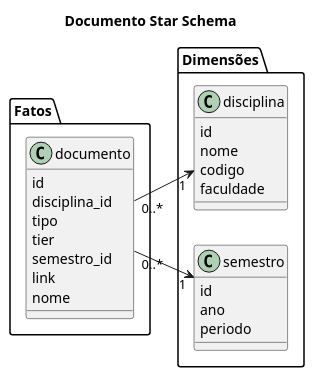
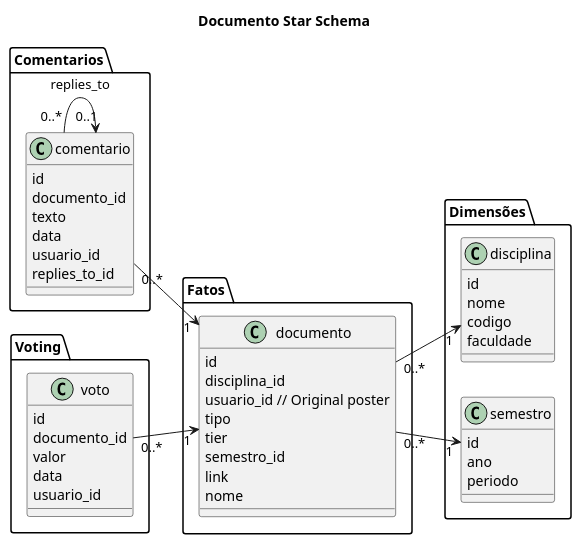
The diagram in docs/esquemas/bd/documento.puml (matmarcillo/Ferramentas-Estudo-UFF), drawn with PlantUML before and after one commit. The commit also changed 8 other files, not shown here.

```diff
--- a/docs/esquemas/bd/documento.puml
+++ b/docs/esquemas/bd/documento.puml
@@ -1,36 +1,61 @@
 @startuml database
 left to right direction
 
 title Documento Star Schema
 
 package "Dimensões" {
   class disciplina {
       id
       nome
       codigo
       faculdade
   }
 
   class semestro {
       id
       ano
       periodo
   }
 }
 
 package "Fatos" {
   class documento {
       id
       disciplina_id
+      usuario_id // Original poster
       tipo
       tier
       semestro_id
       link
       nome
   }
 }
 
+package "Comentarios"{
+  class comentario {
+      id
+      documento_id
+      texto
+      data
+      usuario_id
+      replies_to_id
+  }
+}
+
+package "Voting" {
+  class voto {
+      id
+      documento_id
+      valor
+      data
+      usuario_id
+  }
+}
+
 documento "0..*" --> "1" disciplina
 documento "0..*" --> "1" semestro
+comentario "0..*" --> "1" documento
+comentario "0..*" --> "0..1" comentario : replies_to
+voto "0..*" --> "1" documento
 
 @enduml
```
